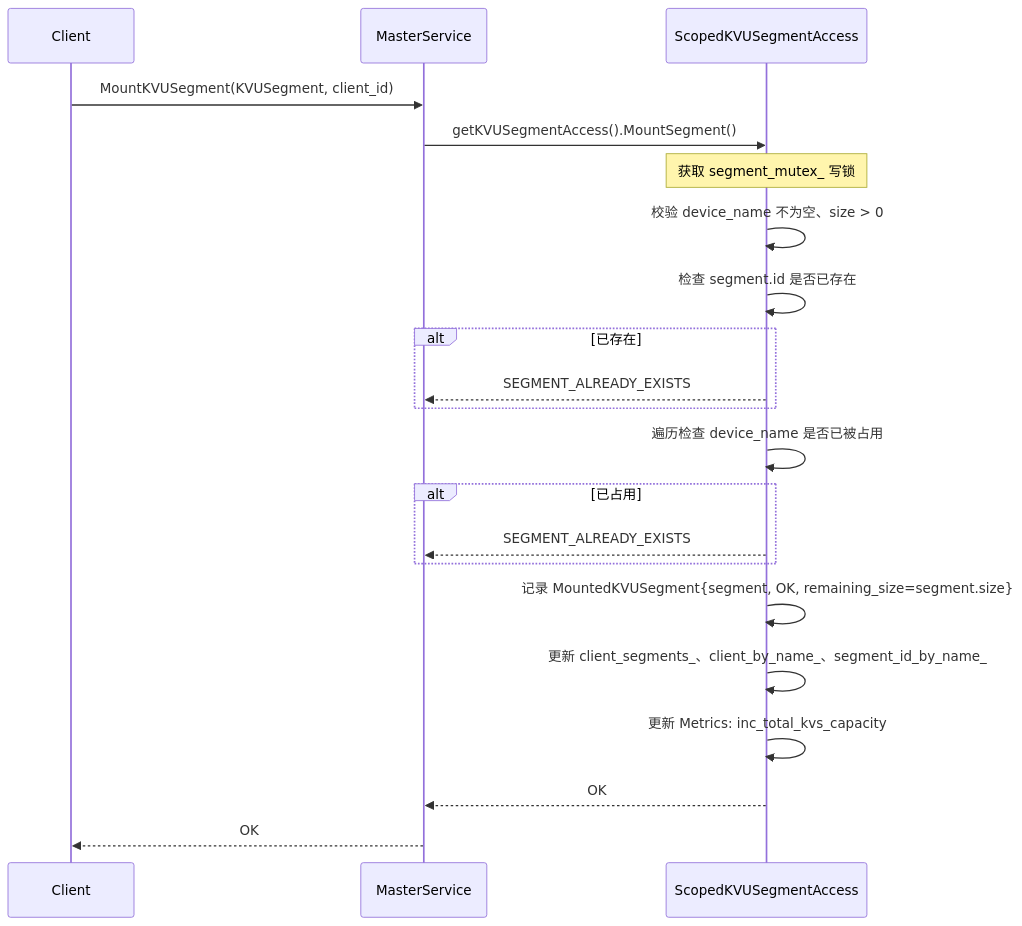
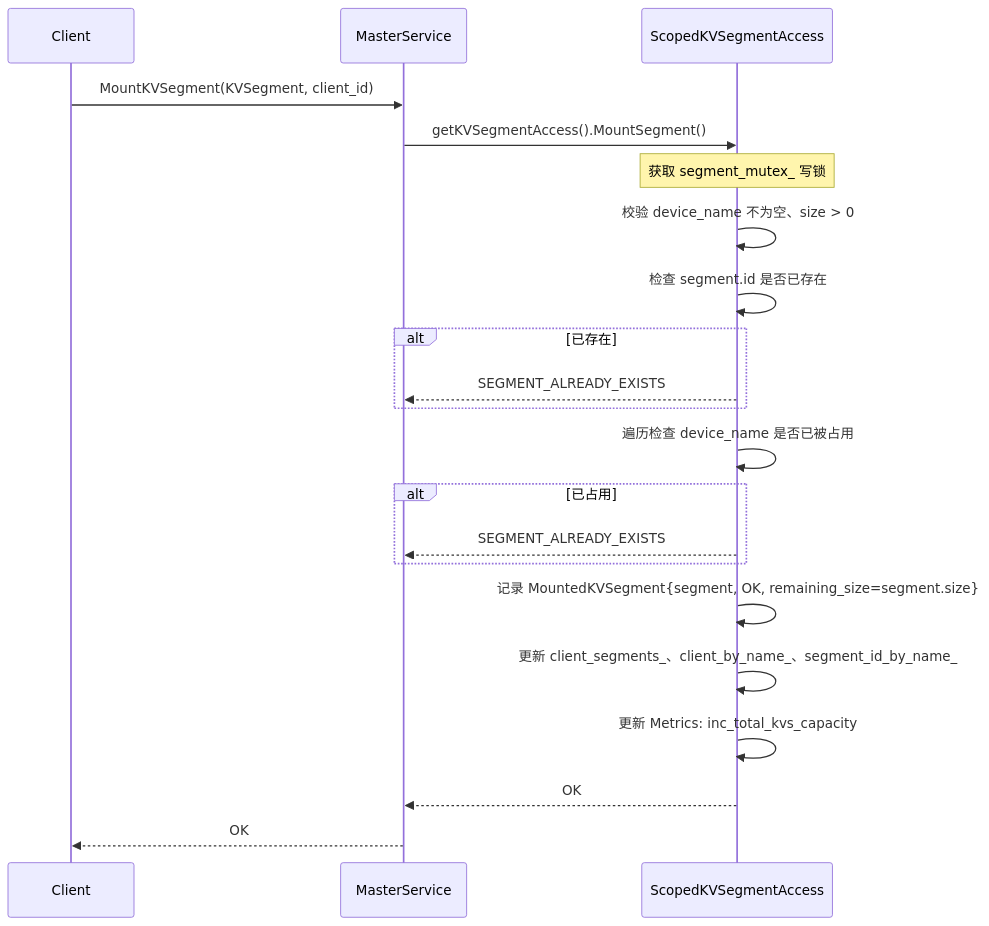
One commit to yz53665/Mooncake changed the fourth of 10 diagrams in mooncake-store/docs/KVUSegment_design.md. Above: the diagram before and after it, drawn with Mermaid. The commit also changed other lines of this file, not shown here.

````diff
--- a/mooncake-store/docs/KVUSegment_design.md
+++ b/mooncake-store/docs/KVUSegment_design.md
@@ -212,27 +221,27 @@
 ```mermaid
 sequenceDiagram
     participant Client
     participant MS as MasterService
-    participant SA as ScopedKVUSegmentAccess
+    participant SA as ScopedKVSegmentAccess
 
-    Client->>MS: MountKVUSegment(KVUSegment, client_id)
-    MS->>SA: getKVUSegmentAccess().MountSegment()
+    Client->>MS: MountKVSegment(KVSegment, client_id)
+    MS->>SA: getKVSegmentAccess().MountSegment()
     Note over SA: 获取 segment_mutex_ 写锁
 
     SA->>SA: 校验 device_name 不为空、size > 0
     SA->>SA: 检查 segment.id 是否已存在
     alt 已存在
         SA-->>MS: SEGMENT_ALREADY_EXISTS
     end
     SA->>SA: 遍历检查 device_name 是否已被占用
     alt 已占用
         SA-->>MS: SEGMENT_ALREADY_EXISTS
     end
 
-    SA->>SA: 记录 MountedKVUSegment{segment, OK, remaining_size=segment.size}
+    SA->>SA: 记录 MountedKVSegment{segment, OK, remaining_size=segment.size}
     SA->>SA: 更新 client_segments_、client_by_name_、segment_id_by_name_
     SA->>SA: 更新 Metrics: inc_total_kvs_capacity
 
     SA-->>MS: OK
     MS-->>Client: OK
 ```
````
